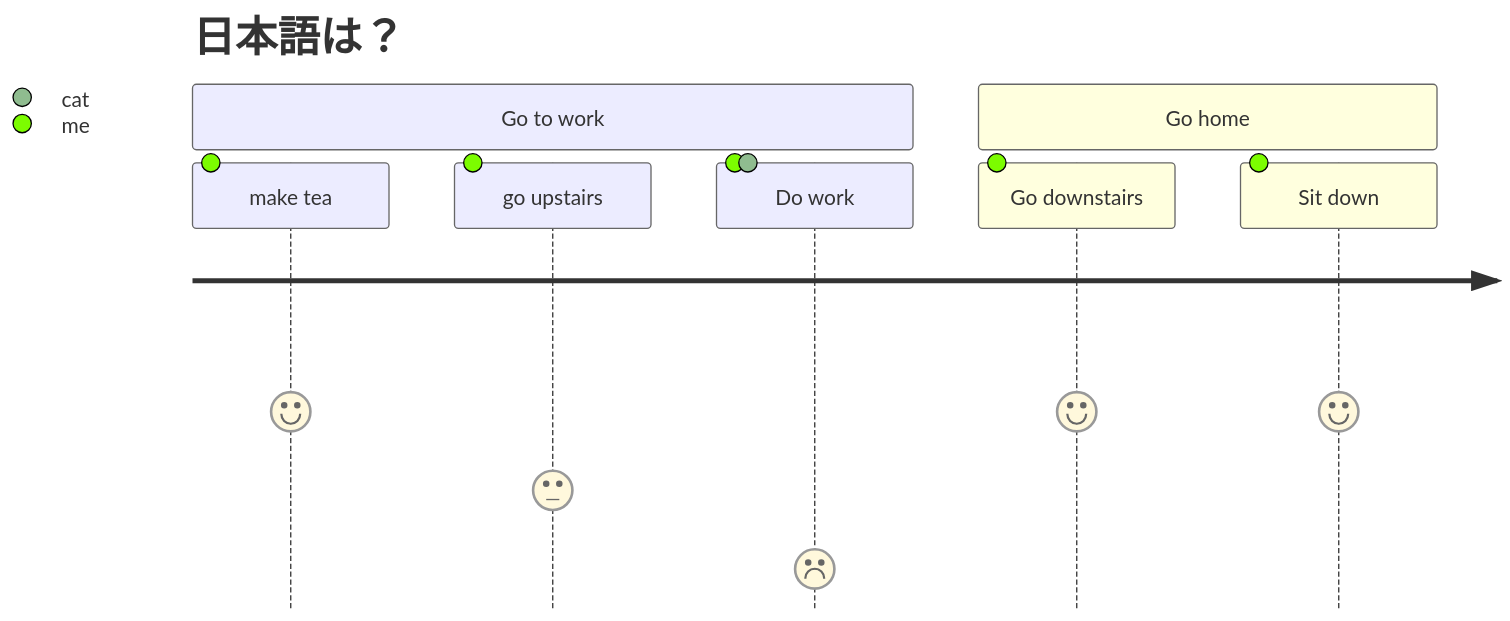
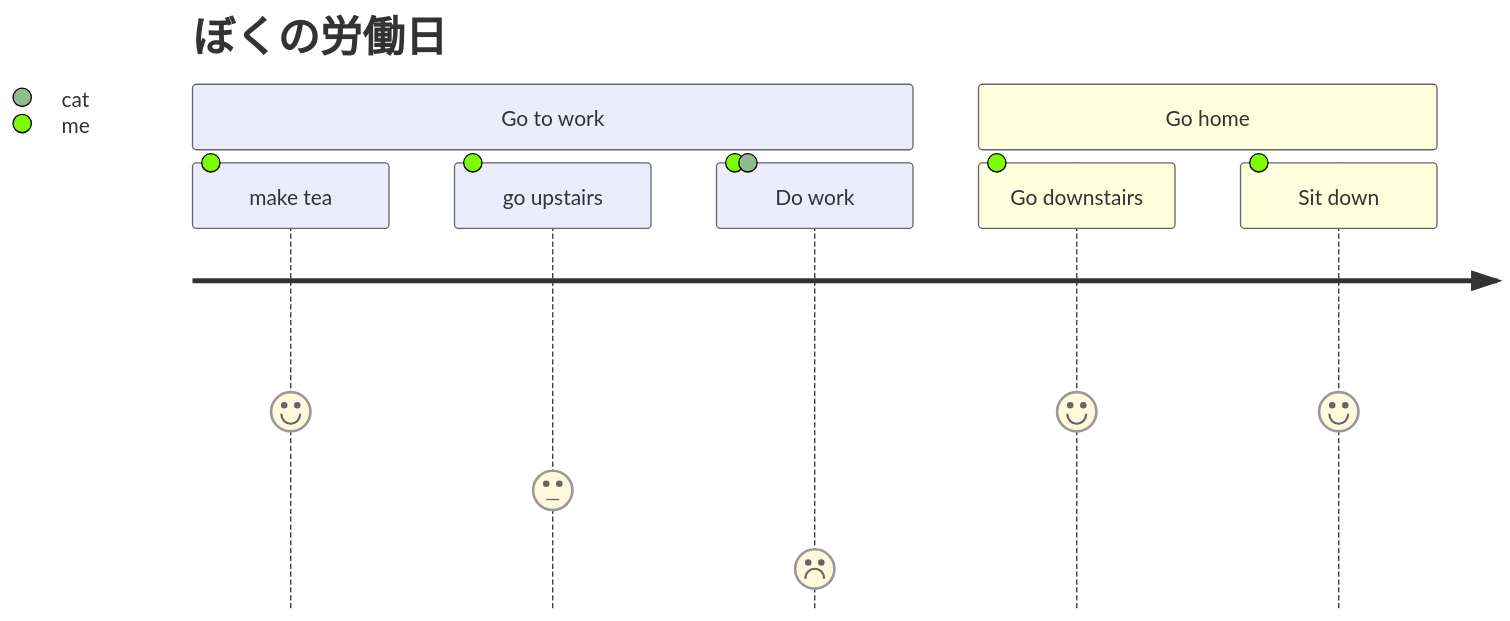
One commit to merapano/computer_and_anthropology changed the third of 3 diagrams in mermaid.md. Above: the diagram before and after it, drawn with Mermaid. The commit also changed other lines of this file, not shown here.

Commit message:
Add flowchart

````diff
--- a/mermaid.md
+++ b/mermaid.md
@@ -32,13 +67,13 @@
 ```mermaid
 
 journey
-    title 日本語は？
+    title ぼくの労働日
     section Go to work
      make tea: 5: me
      go upstairs: 3: me
      Do work: 1 : me, cat
    section Go home
      Go downstairs: 5: me
      Sit down: 5: me
     
 ```
````
